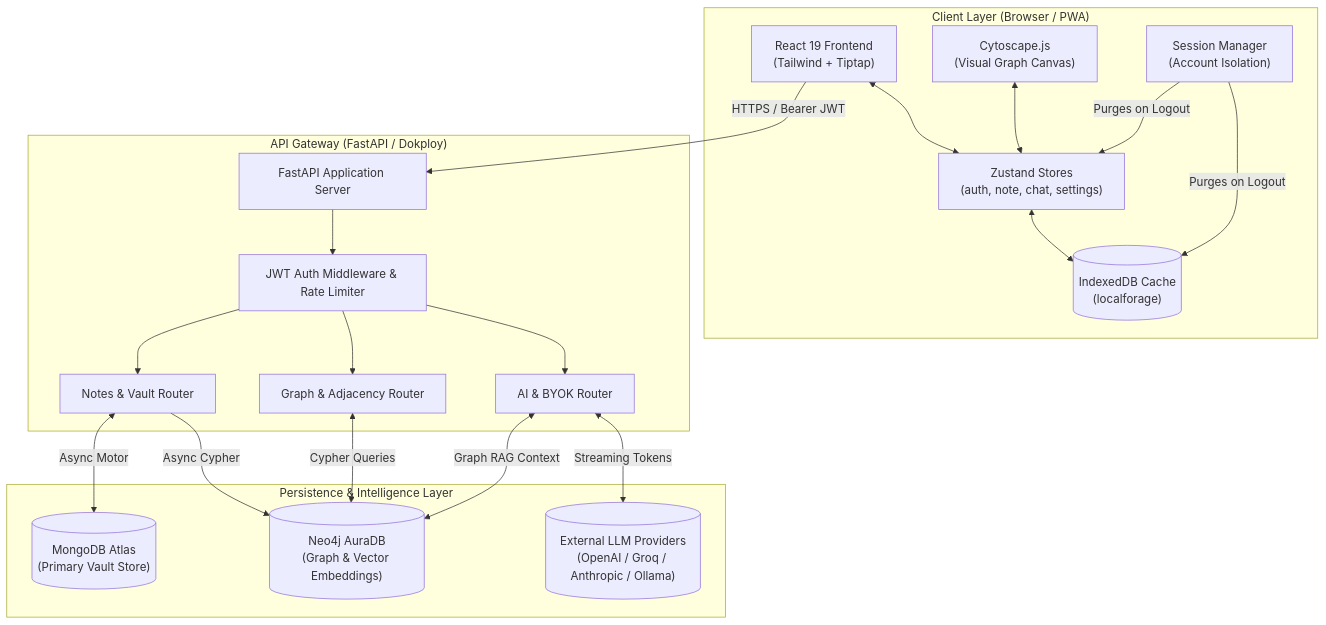
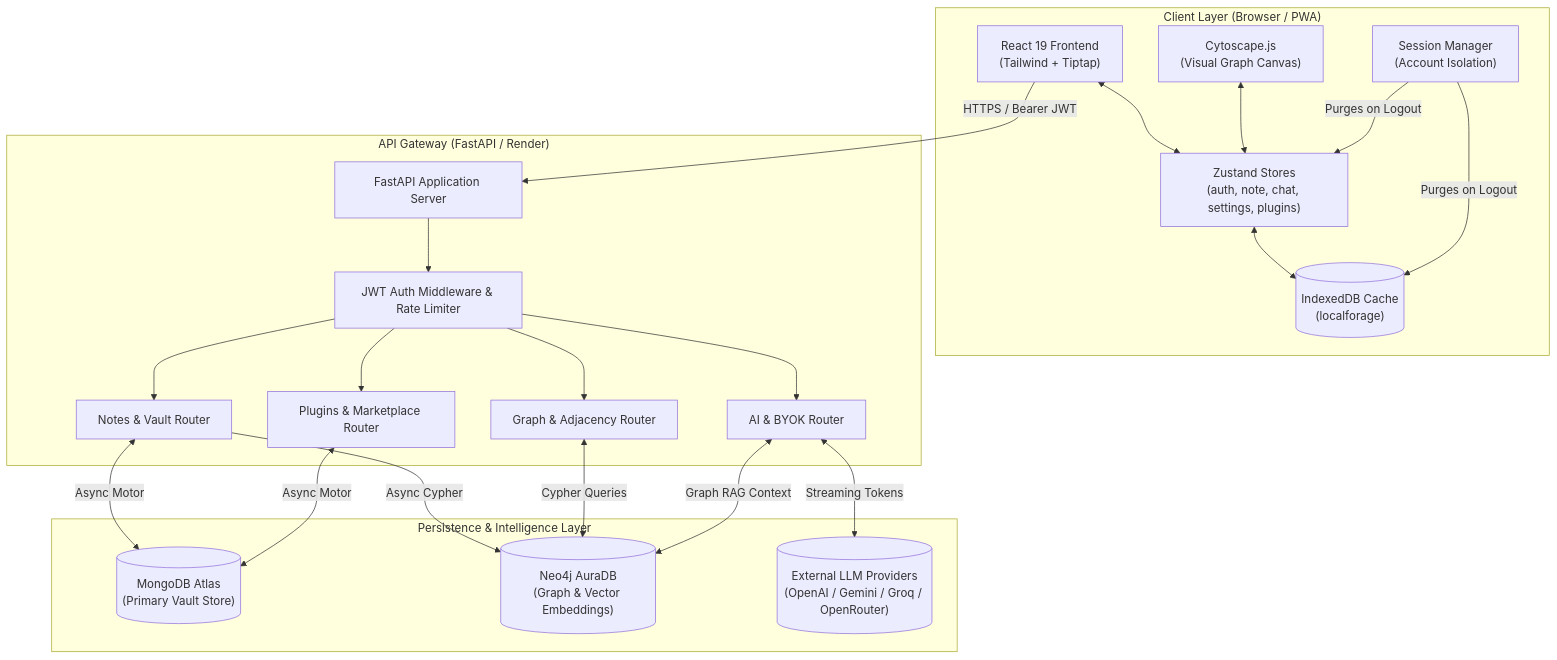
Before and after one commit to KunalGupta25/NoterootAI: the first of 4 diagrams in flow.md, drawn with Mermaid. The commit also changed other lines of this file and 2 other files, not shown here.

Commit message:
docs: align README and flow.md with unified FastAPI backend

````diff
--- a/flow.md
+++ b/flow.md
@@ -37,45 +37,48 @@
 ```mermaid
 graph TD
     subgraph ClientLayer ["Client Layer (Browser / PWA)"]
         UI["React 19 Frontend<br/>(Tailwind + Tiptap)"]
         GraphUI["Cytoscape.js<br/>(Visual Graph Canvas)"]
-        Zustand["Zustand Stores<br/>(auth, note, chat, settings)"]
+        Zustand["Zustand Stores<br/>(auth, note, chat, settings, plugins)"]
         IDB[("IndexedDB Cache<br/>(localforage)")]
         SessionMgr["Session Manager<br/>(Account Isolation)"]
     end
 
-    subgraph APILayer ["API Gateway (FastAPI / Dokploy)"]
+    subgraph APILayer ["API Gateway (FastAPI / Render)"]
         FastAPI["FastAPI Application Server"]
         AuthMiddleware["JWT Auth Middleware & Rate Limiter"]
         NotesRouter["Notes & Vault Router"]
         GraphRouter["Graph & Adjacency Router"]
         AIRouter["AI & BYOK Router"]
+        PluginsRouter["Plugins & Marketplace Router"]
     end
 
     subgraph DataLayer ["Persistence & Intelligence Layer"]
         Mongo[("MongoDB Atlas<br/>(Primary Vault Store)")]
         Neo4j[("Neo4j AuraDB<br/>(Graph & Vector Embeddings)")]
-        LLMs[("External LLM Providers<br/>(OpenAI / Groq / Anthropic / Ollama)")]
+        LLMs[("External LLM Providers<br/>(OpenAI / Gemini / Groq / OpenRouter)")]
     end
 
     %% Client internal flow
     UI <--> Zustand
     GraphUI <--> Zustand
     Zustand <--> IDB
     SessionMgr -->|Purges on Logout| Zustand
     SessionMgr -->|Purges on Logout| IDB
 
     %% Client to API
     UI -->|HTTPS / Bearer JWT| FastAPI
     FastAPI --> AuthMiddleware
     AuthMiddleware --> NotesRouter
     AuthMiddleware --> GraphRouter
     AuthMiddleware --> AIRouter
+    AuthMiddleware --> PluginsRouter
 
     %% API to Storage
     NotesRouter <-->|Async Motor| Mongo
     NotesRouter -->|Async Cypher| Neo4j
     GraphRouter <-->|Cypher Queries| Neo4j
+    PluginsRouter <-->|Async Motor| Mongo
     AIRouter <-->|Graph RAG Context| Neo4j
     AIRouter <-->|Streaming Tokens| LLMs
 ```
````
